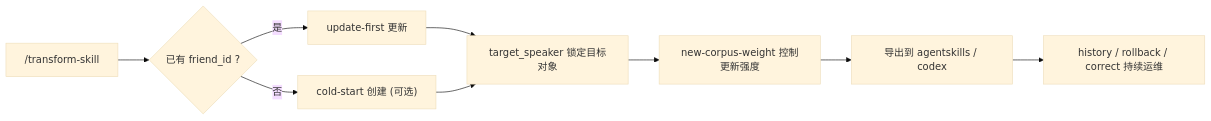
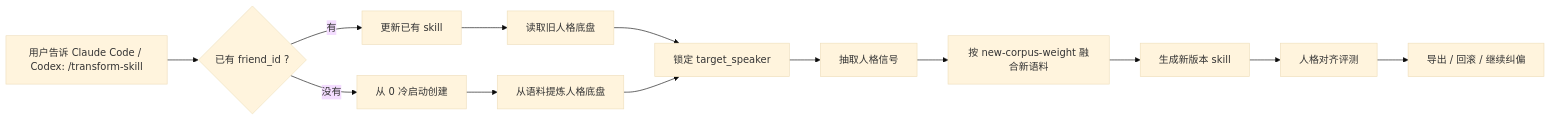
One commit to Xuan-0929/transform-skill changed the diagram in README.md. Above: the diagram before and after it, drawn with Mermaid (base theme). The commit also changed other lines of this file and 40 other files, not shown here.

````diff
--- a/README.md
+++ b/README.md
@@ -41,11 +58,15 @@
 ```mermaid
 flowchart LR
-  A["/transform-skill"] --> B{"已有 friend_id ?"}
-  B -->|是| C["update-first 更新"]
-  B -->|否| D["cold-start 创建 (可选)"]
-  C --> E["target_speaker 锁定目标对象"]
-  D --> E
-  E --> F["new-corpus-weight 控制更新强度"]
-  F --> G["导出到 agentskills / codex"]
-  G --> H["history / rollback / correct 持续运维"]
+  A["用户告诉 Claude Code / Codex: /transform-skill"] --> B{"已有 friend_id ?"}
+  B -->|有| C["更新已有 skill"]
+  B -->|没有| D["从 0 冷启动创建"]
+  C --> E["读取旧人格底盘"]
+  D --> F["从语料提炼人格底盘"]
+  E --> G["锁定 target_speaker"]
+  F --> G
+  G --> H["抽取人格信号"]
+  H --> I["按 new-corpus-weight 融合新语料"]
+  I --> J["生成新版本 skill"]
+  J --> K["人格对齐评测"]
+  K --> L["导出 / 回滚 / 继续纠偏"]
 ```
````
